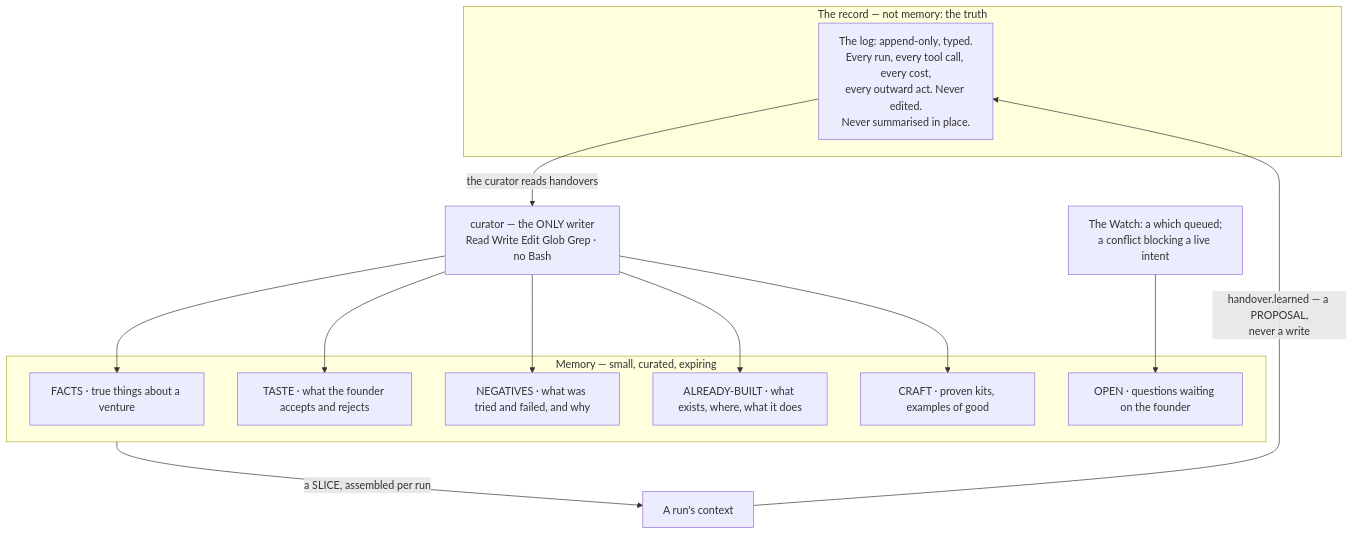
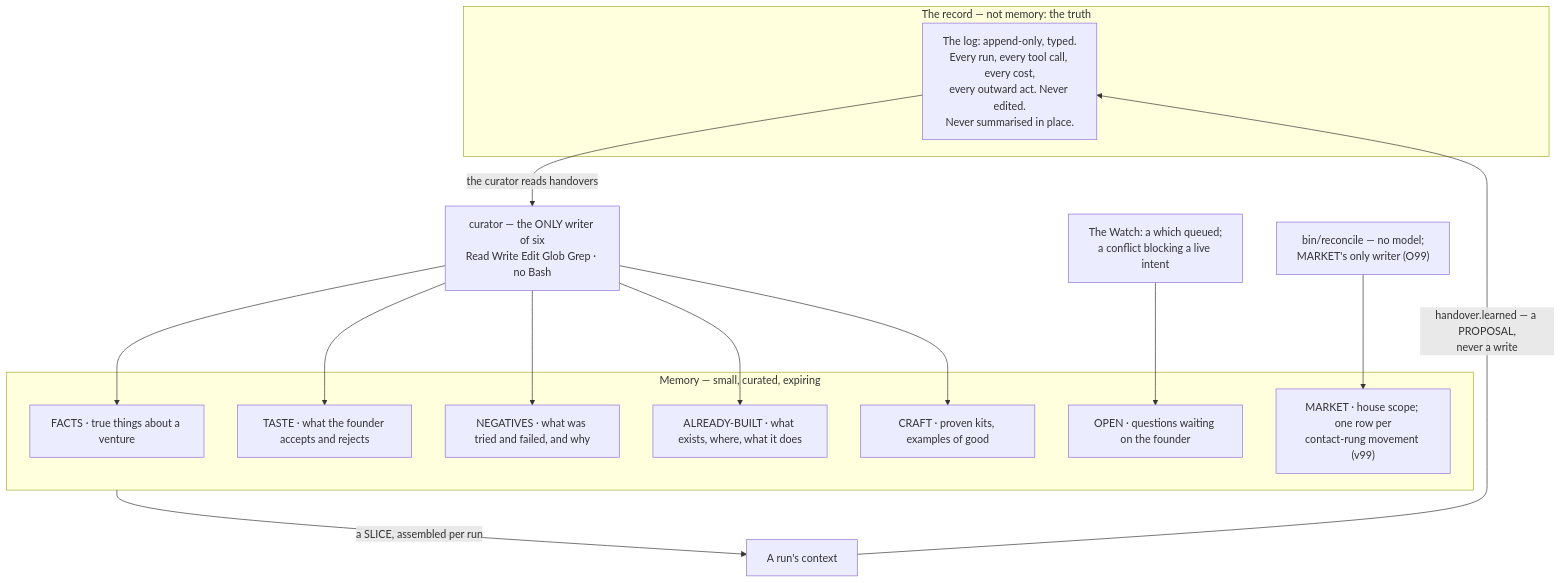
The first of 4 diagrams in docs/03-system-design/final-v2/parts/13-memory-and-knowledge.md (Adam077K/agentvibe), drawn with Mermaid before and after one commit. The commit also changed other lines of this file and 2 other files, not shown here.

First line of the commit message:
docs(final-v2): fixer round applied to §13, §13a, §14 — market record, curator held-out and canary, control arm, scoreboard, page order 4 first, attach/message, cord scopes, briefing first line

````diff
--- a/docs/03-system-design/final-v2/parts/13-memory-and-knowledge.md
+++ b/docs/03-system-design/final-v2/parts/13-memory-and-knowledge.md
@@ -41,19 +42,21 @@
 ```mermaid
 flowchart TB
     subgraph RECORD["The record — not memory: the truth"]
         LOG["The log: append-only, typed.<br/>Every run, every tool call, every cost,<br/>every outward act. Never edited.<br/>Never summarised in place."]
     end
     subgraph MEM["Memory — small, curated, expiring"]
         F["FACTS · true things about a venture"]
         T["TASTE · what the founder accepts and rejects"]
         N["NEGATIVES · what was tried and failed, and why"]
         B["ALREADY-BUILT · what exists, where, what it does"]
         C["CRAFT · proven kits, examples of good"]
         O["OPEN · questions waiting on the founder"]
+        M["MARKET · house scope; one row per<br/>contact-rung movement (v99)"]
     end
-    LOG -->|"the curator reads handovers"| CUR["curator — the ONLY writer<br/>Read Write Edit Glob Grep · no Bash"]
+    LOG -->|"the curator reads handovers"| CUR["curator — the ONLY writer of six<br/>Read Write Edit Glob Grep · no Bash"]
     CUR --> F & T & N & B & C
     WATCH["The Watch: a which queued;<br/>a conflict blocking a live intent"] --> O
+    RECON["bin/reconcile — no model;<br/>MARKET's only writer (O99)"] --> M
     MEM -->|"a SLICE, assembled per run"| RUN["A run's context"]
     RUN -->|"handover.learned — a PROPOSAL,<br/>never a write"| LOG
 ```
````
